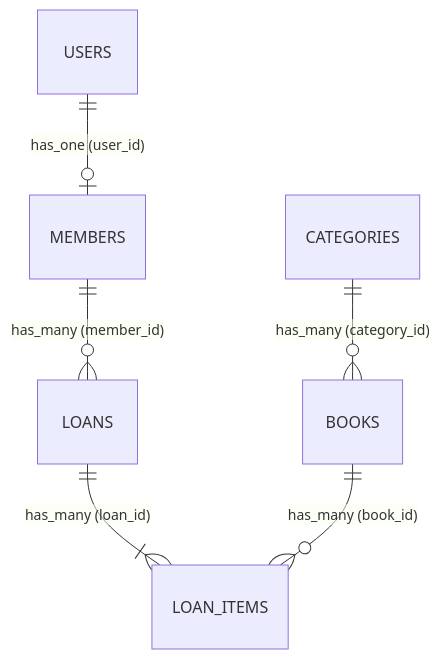
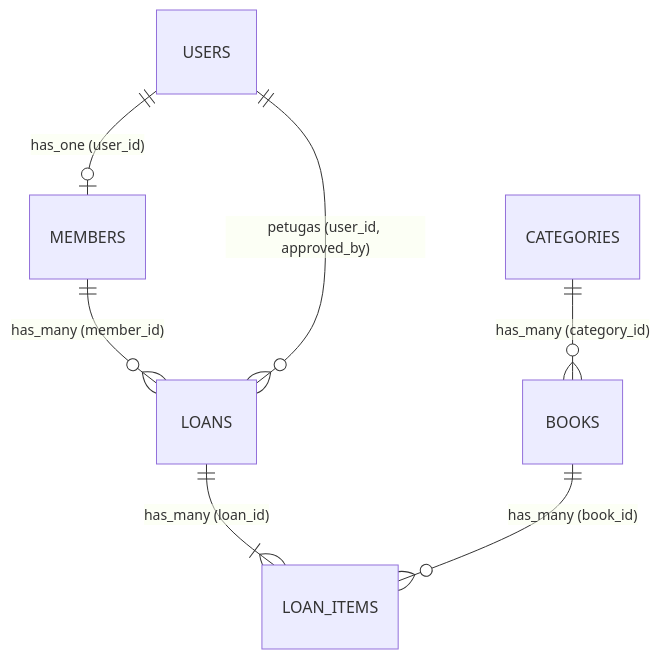
Before and after one commit to elvansyahrizal/autumn-library: the diagram in docs/DESIGN_DOC.md, drawn with Mermaid. The commit also changed other lines of this file and 22 other files, not shown here.

````diff
--- a/docs/DESIGN_DOC.md
+++ b/docs/DESIGN_DOC.md
@@ -29,8 +35,9 @@
 ```mermaid
 erDiagram
     USERS ||--o| MEMBERS : "has_one (user_id)"
     MEMBERS ||--o{ LOANS : "has_many (member_id)"
     LOANS ||--|{ LOAN_ITEMS : "has_many (loan_id)"
     BOOKS ||--o{ LOAN_ITEMS : "has_many (book_id)"
     CATEGORIES ||--o{ BOOKS : "has_many (category_id)"
+    USERS ||--o{ LOANS : "petugas (user_id, approved_by)"
 ```
````
